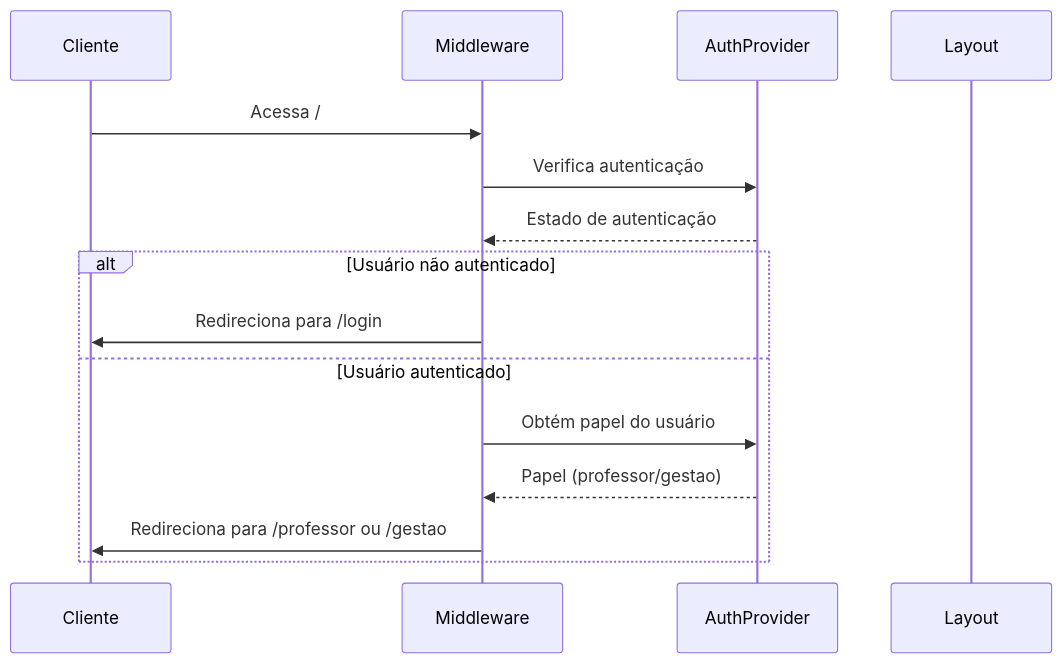
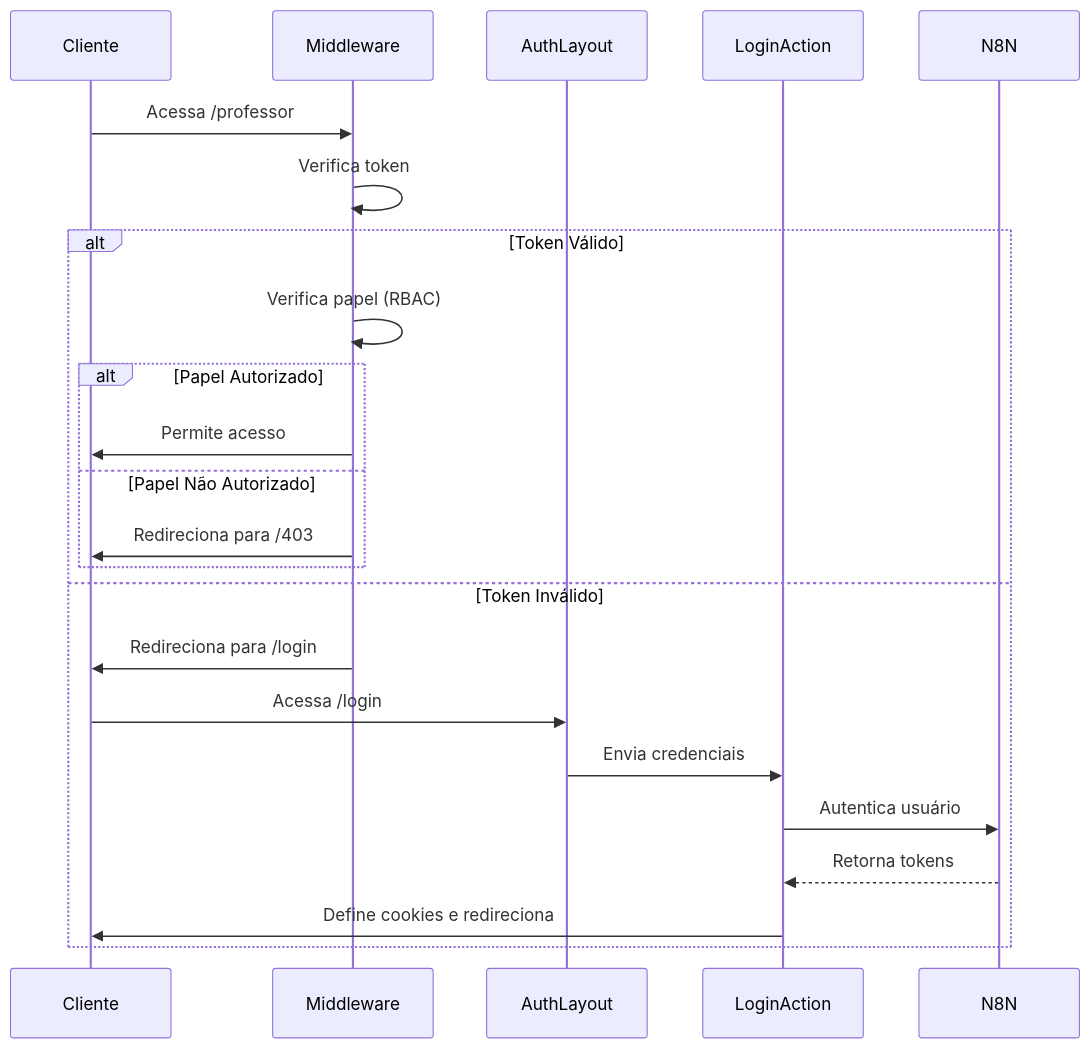
Before and after one commit to jordansmedeiros/virtuquest: the fourth of 4 diagrams in .qoder/repowiki/pt/content/Roteamento e Navegação.md, drawn with Mermaid. The commit also changed other lines of this file and 22 other files, not shown here.

````diff
--- a/.qoder/repowiki/pt/content/Roteamento e Navegação.md
+++ b/.qoder/repowiki/pt/content/Roteamento e Navegação.md
@@ -176,17 +307,24 @@
 ```mermaid
 sequenceDiagram
 participant Cliente
 participant Middleware
-participant AuthProvider
-participant Layout
-Cliente->>Middleware : Acessa /
-Middleware->>AuthProvider : Verifica autenticação
-AuthProvider-->>Middleware : Estado de autenticação
-alt Usuário não autenticado
+participant AuthLayout
+participant LoginAction
+Cliente->>Middleware : Acessa /professor
+Middleware->>Middleware : Verifica token
+alt Token Válido
+Middleware->>Middleware : Verifica papel (RBAC)
+alt Papel Autorizado
+Middleware->>Cliente : Permite acesso
+else Papel Não Autorizado
+Middleware->>Cliente : Redireciona para /403
+end
+else Token Inválido
 Middleware->>Cliente : Redireciona para /login
-else Usuário autenticado
-Middleware->>AuthProvider : Obtém papel do usuário
-AuthProvider-->>Middleware : Papel (professor/gestao)
-Middleware->>Cliente : Redireciona para /professor ou /gestao
+Cliente->>AuthLayout : Acessa /login
+AuthLayout->>LoginAction : Envia credenciais
+LoginAction->>N8N : Autentica usuário
+N8N-->>LoginAction : Retorna tokens
+LoginAction->>Cliente : Define cookies e redireciona
 end
 ```
````
